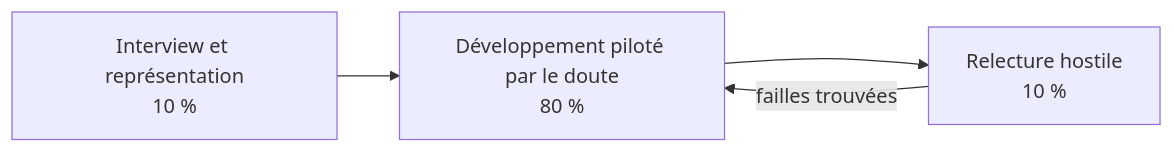
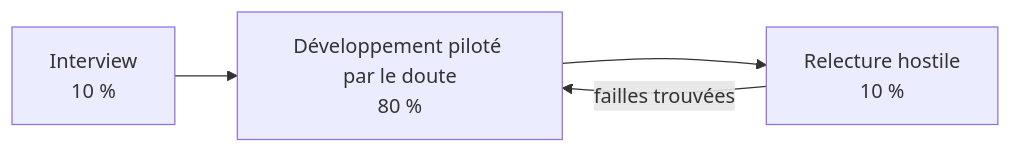
Before and after one commit to nataliamedranosow/Natalia_n8n_Rendu: the diagram in docs/EXPLICATIONS-SKILLS.md, drawn with Mermaid. The commit also changed other lines of this file and 1 other file, not shown here.

Commit message:
Docs : renommage interview

````diff
--- a/docs/EXPLICATIONS-SKILLS.md
+++ b/docs/EXPLICATIONS-SKILLS.md
@@ -32,6 +32,6 @@
 ```mermaid
 flowchart LR
-  A[Interview et représentation<br/>10 %] --> B[Développement piloté par le doute<br/>80 %]
+  A[Interview<br/>10 %] --> B[Développement piloté par le doute<br/>80 %]
   B --> C[Relecture hostile<br/>10 %]
   C -->|failles trouvées| B
 ```
````
